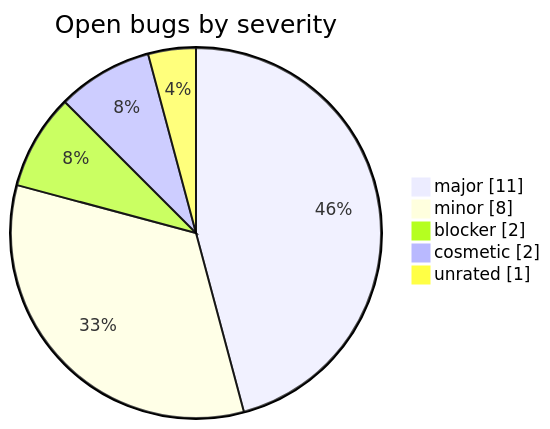
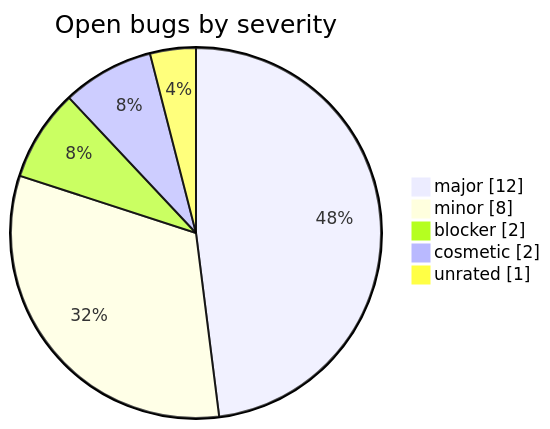
Before and after one commit to silkyclouds/pmda-tracker: the second of 3 diagrams in README.md, drawn with Mermaid. The commit also changed other lines of this file, not shown here.

````diff
--- a/README.md
+++ b/README.md
@@ -22,8 +22,8 @@
 ```mermaid
 pie showData title Open bugs by severity
-    "major" : 11
+    "major" : 12
     "minor" : 8
     "blocker" : 2
     "cosmetic" : 2
     "unrated" : 1
 ```
````
